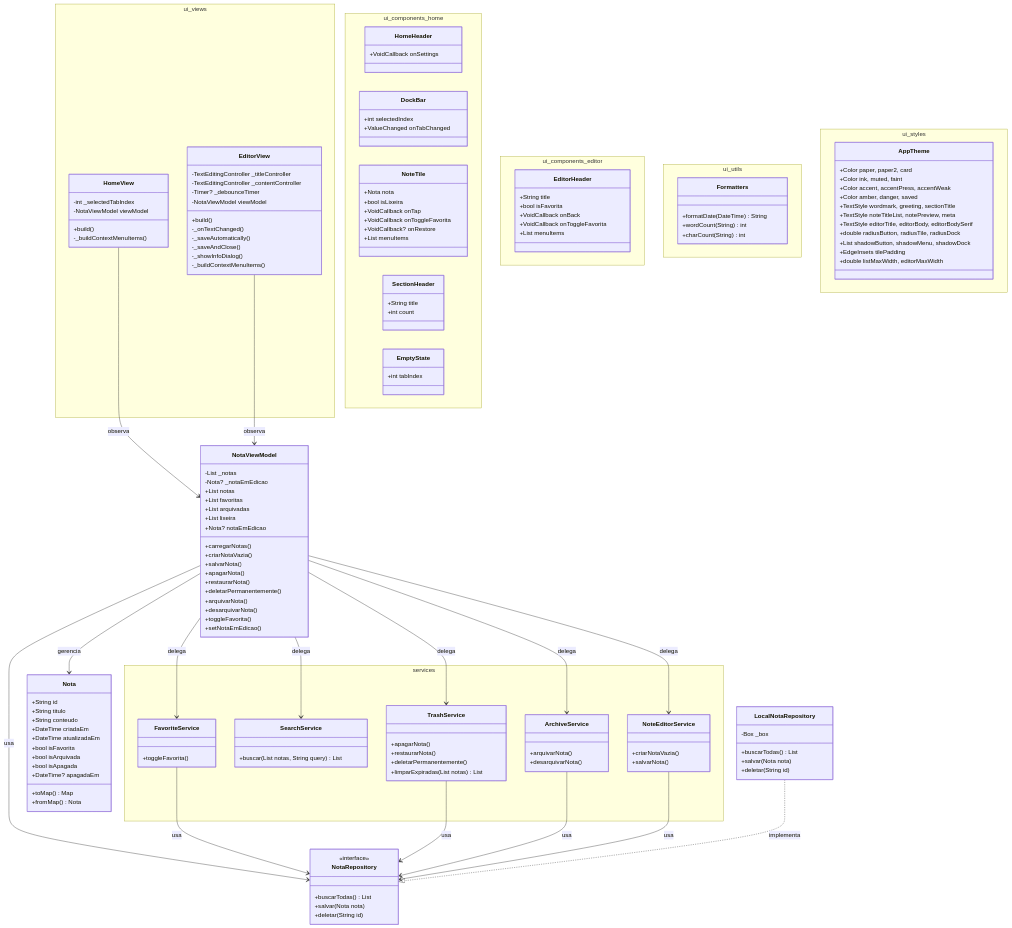
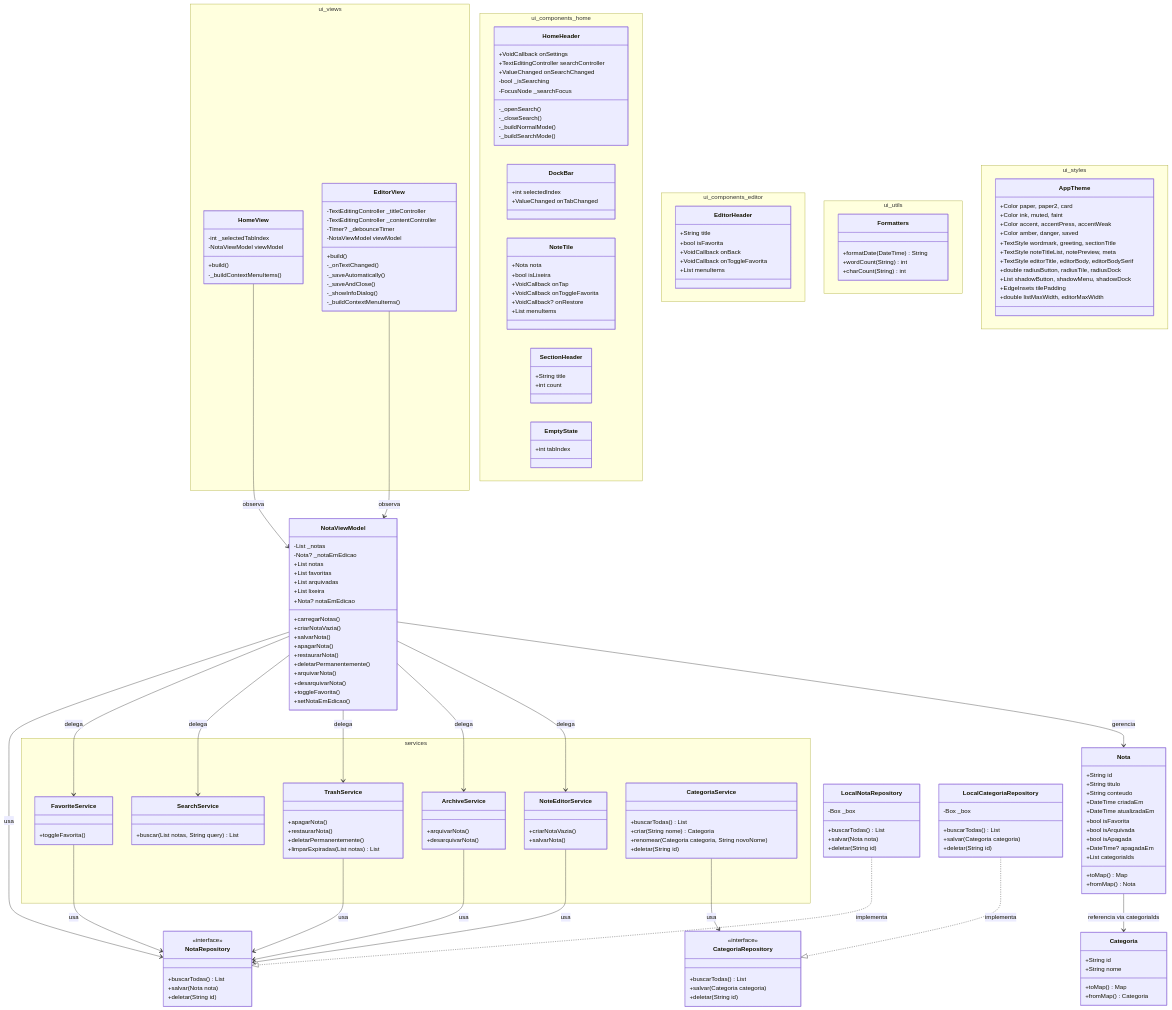
Before and after one commit to rogial12/anotai: the diagram in docs/diagrama.md, drawn with Mermaid. The commit also changed other lines of this file and 8 other files, not shown here.

Commit message:
Feat(Categorias): scaffold arquitetural — Categoria, CategoriaRepository, CategoriaService

````diff
--- a/docs/diagrama.md
+++ b/docs/diagrama.md
@@ -14,8 +14,16 @@
         +bool isArquivada
         +bool isApagada
         +DateTime? apagadaEm
+        +List categoriaIds
         +toMap() Map
         +fromMap() Nota
+    }
+
+    class Categoria {
+        +String id
+        +String nome
+        +toMap() Map
+        +fromMap() Categoria
     }
 
     class NotaViewModel {
@@ -52,6 +60,20 @@
         +deletar(String id)
     }
 
+    class CategoriaRepository {
+        <<interface>>
+        +buscarTodas() List
+        +salvar(Categoria categoria)
+        +deletar(String id)
+    }
+
+    class LocalCategoriaRepository {
+        -Box _box
+        +buscarTodas() List
+        +salvar(Categoria categoria)
+        +deletar(String id)
+    }
+
     namespace ui_views {
         class HomeView {
             -int _selectedTabIndex
@@ -77,6 +99,14 @@
     namespace ui_components_home {
         class HomeHeader {
             +VoidCallback onSettings
+            +TextEditingController searchController
+            +ValueChanged onSearchChanged
+            -bool _isSearching
+            -FocusNode _searchFocus
+            -_openSearch()
+            -_closeSearch()
+            -_buildNormalMode()
+            -_buildSearchMode()
         }
         class DockBar {
             +int selectedIndex
@@ -154,6 +184,12 @@
             +criarNotaVazia()
             +salvarNota()
         }
+        class CategoriaService {
+            +buscarTodas() List
+            +criar(String nome) Categoria
+            +renomear(Categoria categoria, String novoNome)
+            +deletar(String id)
+        }
     }
 
     NotaViewModel --> NotaRepository : usa
@@ -167,7 +203,10 @@
     ArchiveService --> NotaRepository : usa
     NoteEditorService --> NotaRepository : usa
     LocalNotaRepository ..|> NotaRepository : implementa
+    CategoriaService --> CategoriaRepository : usa
+    LocalCategoriaRepository ..|> CategoriaRepository : implementa
     HomeView --> NotaViewModel : observa
     EditorView --> NotaViewModel : observa
     NotaViewModel --> Nota : gerencia
+    Nota --> Categoria : referencia via categoriaIds
 ```
````
